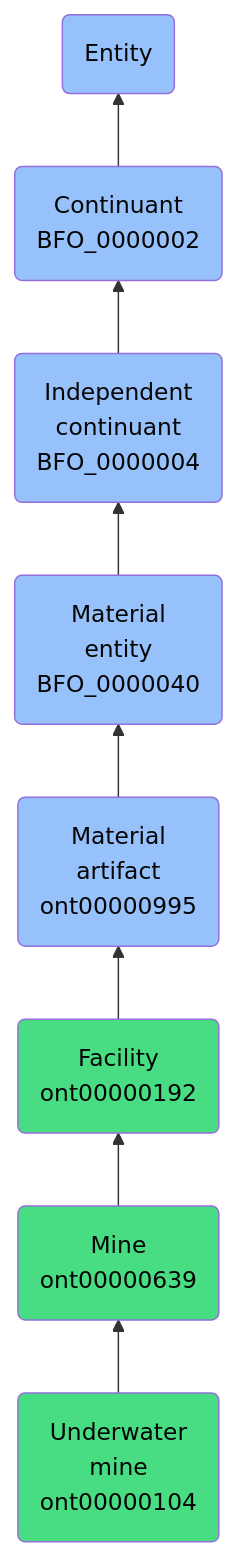
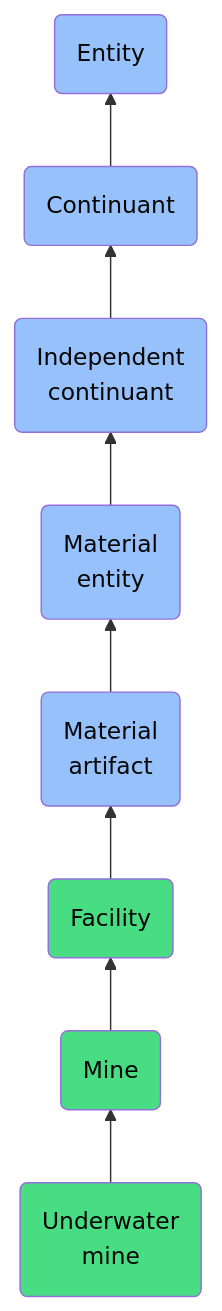
The diagram in docs/ontology/reference/model/Entity/Continuant/Independent continuant/Material entity/Material artifact/Facility/Mine/Underwater mine/Underwater mine.md (jupyter-naas/abi), drawn with Mermaid before and after one commit. The commit also changed other lines of this file and 1430 other files, not shown here.

````diff
--- a/docs/ontology/reference/model/Entity/Continuant/Independent continuant/Material entity/Material artifact/Facility/Mine/Underwater mine/Underwater mine.md
+++ b/docs/ontology/reference/model/Entity/Continuant/Independent continuant/Material entity/Material artifact/Facility/Mine/Underwater mine/Underwater mine.md
@@ -24,15 +24,15 @@
 ```mermaid
 graph BT
-    ont00000104(Underwater<br>mine<br>ont00000104):::ABI-->ont00000639
-    ont00000639(Mine<br>ont00000639):::ABI-->ont00000192
-    ont00000192(Facility<br>ont00000192):::ABI-->ont00000995
-    ont00000995(Material<br>artifact<br>ont00000995):::BFO-->BFO_0000040
-    BFO_0000040(Material<br>entity<br>BFO_0000040):::BFO-->BFO_0000004
-    BFO_0000004(Independent<br>continuant<br>BFO_0000004):::BFO-->BFO_0000002
-    BFO_0000002(Continuant<br>BFO_0000002):::BFO-->BFO_0000001
+    ont00000104(Underwater<br>mine):::ABI-->ont00000639
+    ont00000639(Mine):::ABI-->ont00000192
+    ont00000192(Facility):::ABI-->ont00000995
+    ont00000995(Material<br>artifact):::BFO-->BFO_0000040
+    BFO_0000040(Material<br>entity):::BFO-->BFO_0000004
+    BFO_0000004(Independent<br>continuant):::BFO-->BFO_0000002
+    BFO_0000002(Continuant):::BFO-->BFO_0000001
     BFO_0000001(Entity):::BFO
     
     classDef BFO fill:#97c1fb,color:#060606
     classDef CCO fill:#e4c51e,color:#060606
     classDef ABI fill:#48DD82,color:#060606
 ```
````
